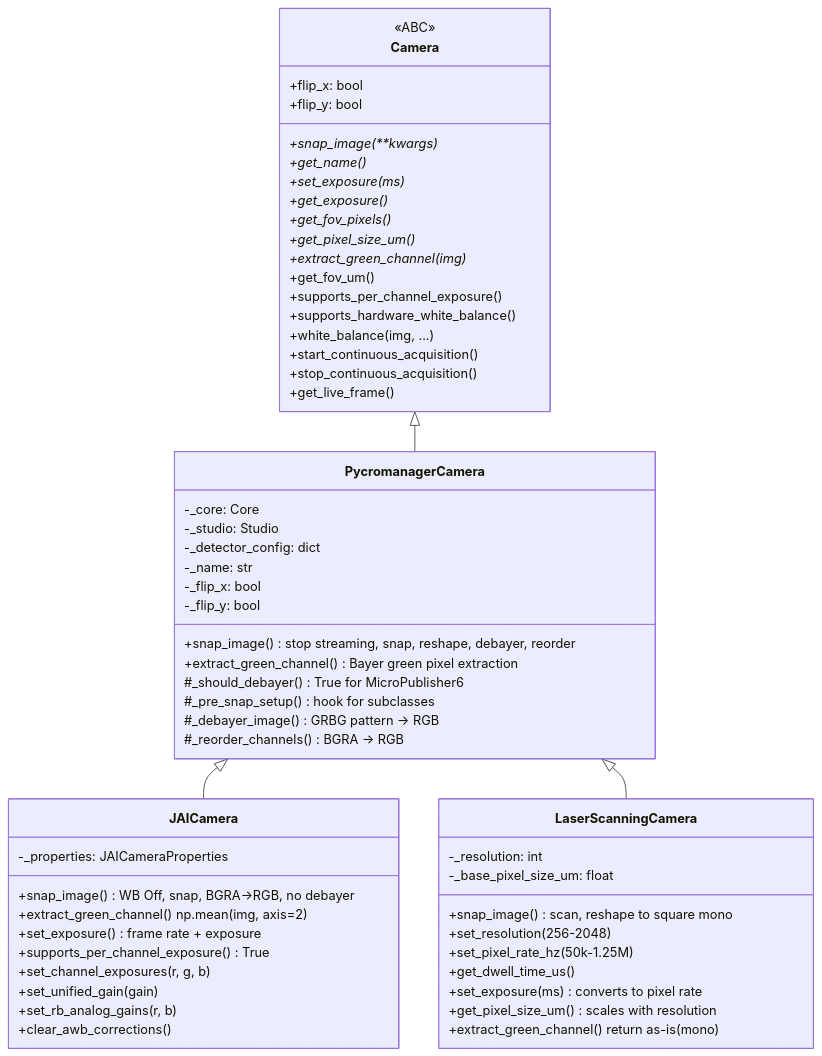
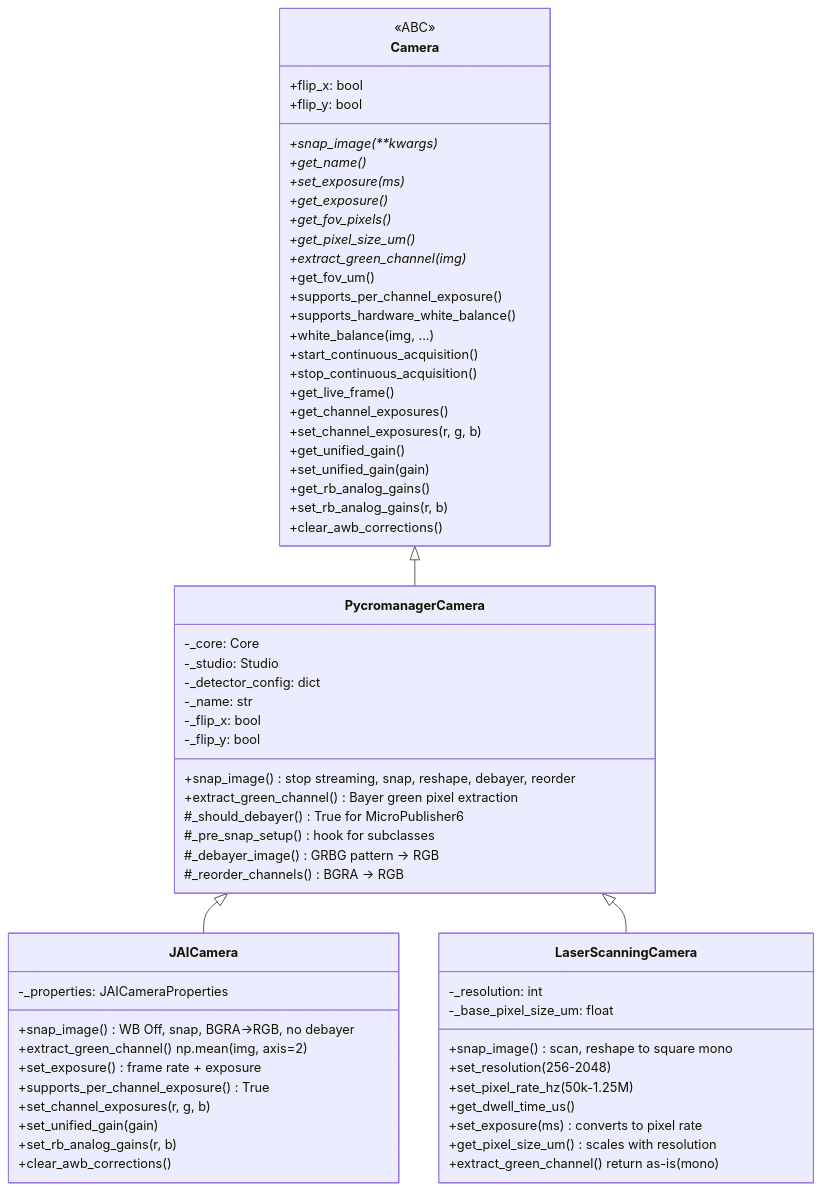
Before and after one commit to uw-loci/qupath-extension-qpsc: the third of 7 diagrams in documentation/developer/HARDWARE_ABSTRACTION.md, drawn with Mermaid. The commit also changed other lines of this file and 12 other files, not shown here.

````diff
--- a/documentation/developer/HARDWARE_ABSTRACTION.md
+++ b/documentation/developer/HARDWARE_ABSTRACTION.md
@@ -84,65 +195,72 @@
 ```mermaid
 classDiagram
     class Camera {
         <<ABC>>
         +snap_image(**kwargs)*
         +get_name()*
         +set_exposure(ms)*
         +get_exposure()*
         +get_fov_pixels()*
         +get_pixel_size_um()*
         +extract_green_channel(img)*
         +flip_x: bool
         +flip_y: bool
         +get_fov_um()
         +supports_per_channel_exposure()
         +supports_hardware_white_balance()
         +white_balance(img, ...)
         +start_continuous_acquisition()
         +stop_continuous_acquisition()
         +get_live_frame()
+        +get_channel_exposures()
+        +set_channel_exposures(r, g, b)
+        +get_unified_gain()
+        +set_unified_gain(gain)
+        +get_rb_analog_gains()
+        +set_rb_analog_gains(r, b)
+        +clear_awb_corrections()
     }
 
     class PycromanagerCamera {
         -_core: Core
         -_studio: Studio
         -_detector_config: dict
         -_name: str
         -_flip_x: bool
         -_flip_y: bool
         +snap_image() stop streaming, snap, reshape, debayer, reorder
         +extract_green_channel() Bayer green pixel extraction
         #_should_debayer() True for MicroPublisher6
         #_pre_snap_setup() hook for subclasses
         #_debayer_image() GRBG pattern -> RGB
         #_reorder_channels() BGRA -> RGB
     }
 
     class JAICamera {
         -_properties: JAICameraProperties
         +snap_image() WB Off, snap, BGRA->RGB, no debayer
         +extract_green_channel() np.mean(img, axis=2)
         +set_exposure() frame rate + exposure
         +supports_per_channel_exposure() True
         +set_channel_exposures(r, g, b)
         +set_unified_gain(gain)
         +set_rb_analog_gains(r, b)
         +clear_awb_corrections()
     }
 
     class LaserScanningCamera {
         -_resolution: int
         -_base_pixel_size_um: float
         +snap_image() scan, reshape to square mono
         +set_resolution(256-2048)
         +set_pixel_rate_hz(50k-1.25M)
         +get_dwell_time_us()
         +set_exposure(ms) converts to pixel rate
         +get_pixel_size_um() scales with resolution
         +extract_green_channel() return as-is (mono)
     }
 
     Camera <|-- PycromanagerCamera
     PycromanagerCamera <|-- JAICamera
     PycromanagerCamera <|-- LaserScanningCamera
 ```
````
